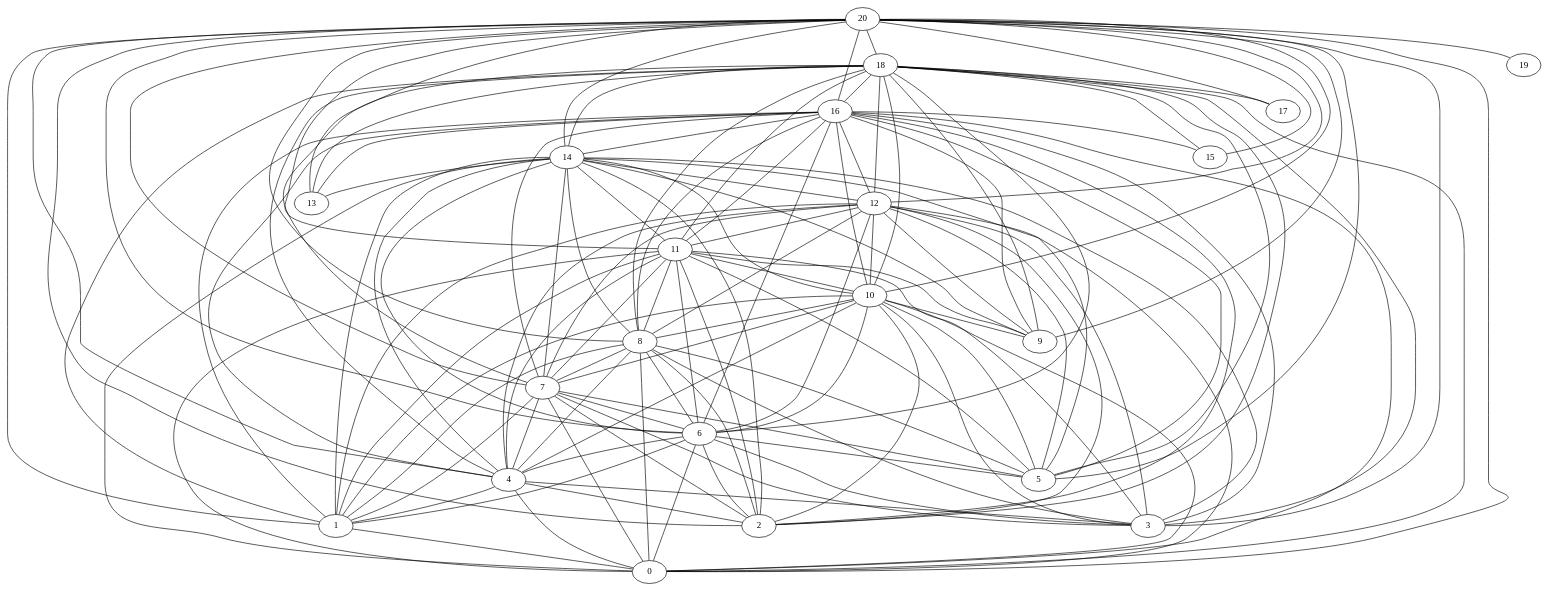
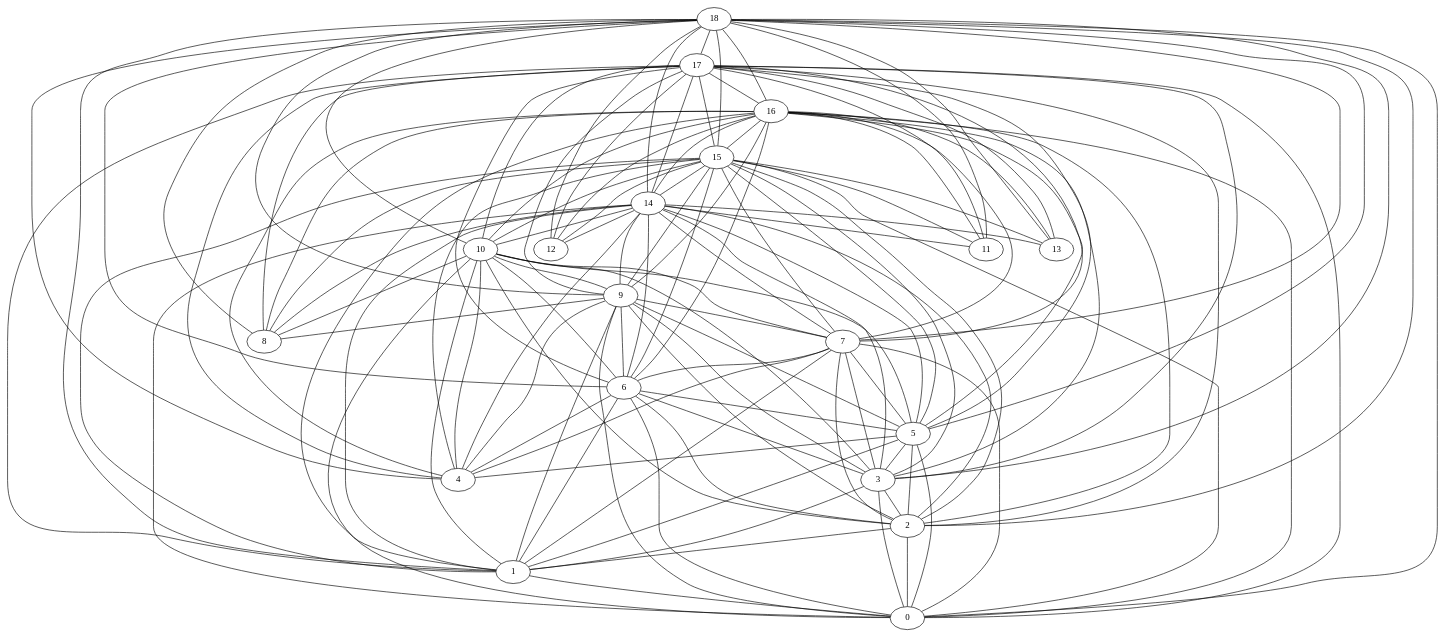
The diagram in feeds/out/O-9-22-22-HH.dot (denizsurmeli/random-graph-generator), drawn with Graphviz before and after one commit. The commit also changed 332 other files, not shown here.

```diff
--- a/feeds/out/O-9-22-22-HH.dot
+++ b/feeds/out/O-9-22-22-HH.dot
@@ -1,150 +1,144 @@
 graph G {
 0;
 1;
 2;
 3;
 4;
 5;
 6;
 7;
 8;
 9;
 10;
 11;
 12;
 13;
 14;
 15;
 16;
 17;
 18;
-19;
-20;
-20--0 ;
-20--1 ;
-20--2 ;
-20--3 ;
-20--4 ;
-20--5 ;
-20--6 ;
-20--7 ;
-20--8 ;
-20--9 ;
-20--10 ;
-20--11 ;
-20--12 ;
-20--13 ;
-20--14 ;
-20--15 ;
-20--16 ;
-20--17 ;
-20--18 ;
-20--19 ;
 18--0 ;
 18--1 ;
 18--2 ;
 18--3 ;
 18--4 ;
 18--5 ;
 18--6 ;
 18--7 ;
 18--8 ;
 18--9 ;
 18--10 ;
 18--11 ;
 18--12 ;
 18--13 ;
 18--14 ;
 18--15 ;
 18--16 ;
 18--17 ;
+17--0 ;
+17--1 ;
+17--2 ;
+17--3 ;
+17--4 ;
+17--5 ;
+17--6 ;
+17--7 ;
+17--8 ;
+17--9 ;
+17--10 ;
+17--11 ;
+17--12 ;
+17--13 ;
+17--14 ;
+17--15 ;
+17--16 ;
 16--0 ;
 16--1 ;
 16--2 ;
 16--3 ;
 16--4 ;
 16--5 ;
 16--6 ;
 16--7 ;
 16--8 ;
 16--9 ;
 16--10 ;
 16--11 ;
 16--12 ;
 16--13 ;
 16--14 ;
 16--15 ;
+15--0 ;
+15--1 ;
+15--2 ;
+15--3 ;
+15--4 ;
+15--5 ;
+15--6 ;
+15--7 ;
+15--8 ;
+15--9 ;
+15--10 ;
+15--11 ;
+15--12 ;
+15--13 ;
+15--14 ;
 14--0 ;
 14--1 ;
 14--2 ;
 14--3 ;
 14--4 ;
 14--5 ;
 14--6 ;
 14--7 ;
 14--8 ;
 14--9 ;
 14--10 ;
 14--11 ;
 14--12 ;
 14--13 ;
-12--0 ;
-12--1 ;
-12--2 ;
-12--3 ;
-12--4 ;
-12--5 ;
-12--6 ;
-12--7 ;
-12--8 ;
-12--9 ;
-12--10 ;
-12--11 ;
-11--0 ;
-11--1 ;
-11--2 ;
-11--3 ;
-11--4 ;
-11--5 ;
-11--6 ;
-11--7 ;
-11--8 ;
-11--9 ;
-11--10 ;
 10--0 ;
 10--1 ;
 10--2 ;
 10--3 ;
 10--4 ;
 10--5 ;
 10--6 ;
 10--7 ;
 10--8 ;
 10--9 ;
-8--0 ;
-8--1 ;
-8--2 ;
-8--3 ;
-8--4 ;
-8--5 ;
-8--6 ;
-8--7 ;
+9--0 ;
+9--1 ;
+9--2 ;
+9--3 ;
+9--4 ;
+9--5 ;
+9--6 ;
+9--7 ;
+9--8 ;
 7--0 ;
 7--1 ;
 7--2 ;
 7--3 ;
 7--4 ;
 7--5 ;
 7--6 ;
 6--0 ;
 6--1 ;
 6--2 ;
 6--3 ;
 6--4 ;
 6--5 ;
-4--0 ;
-4--1 ;
-4--2 ;
-4--3 ;
+5--0 ;
+5--1 ;
+5--2 ;
+5--3 ;
+5--4 ;
+3--0 ;
+3--1 ;
+3--2 ;
+2--0 ;
+2--1 ;
 1--0 ;
 }
```
